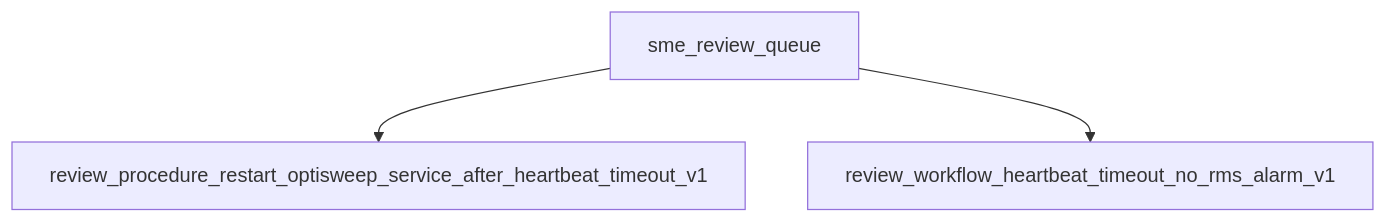
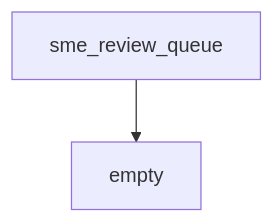
Before and after one commit to caiyawulf21/optisweepAI-phase0: the diagram in data/review/graph.md, drawn with Mermaid. The commit also changed 896 other files, not shown here.

Commit message:
Add procedure workflow candidate synthesis

````diff
--- a/data/review/graph.md
+++ b/data/review/graph.md
@@ -3,6 +3,5 @@
 ```mermaid
 flowchart TD
   dataset[sme_review_queue]
-  dataset --> review_procedure_restart_optisweep_service_after_heartbeat_timeout_v1[review_procedure_restart_optisweep_service_after_heartbeat_timeout_v1]
-  dataset --> review_workflow_heartbeat_timeout_no_rms_alarm_v1[review_workflow_heartbeat_timeout_no_rms_alarm_v1]
+  dataset --> empty[empty]
 ```
````
